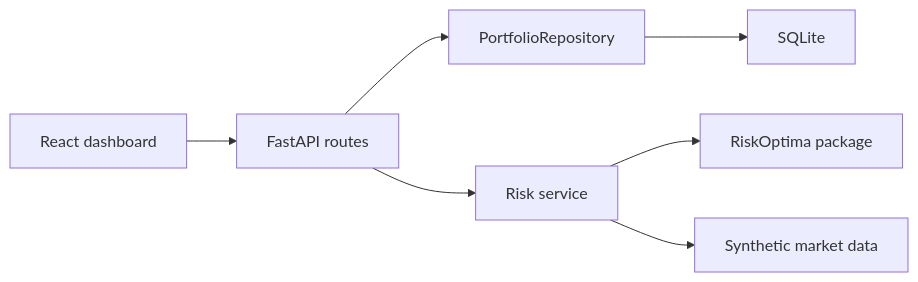
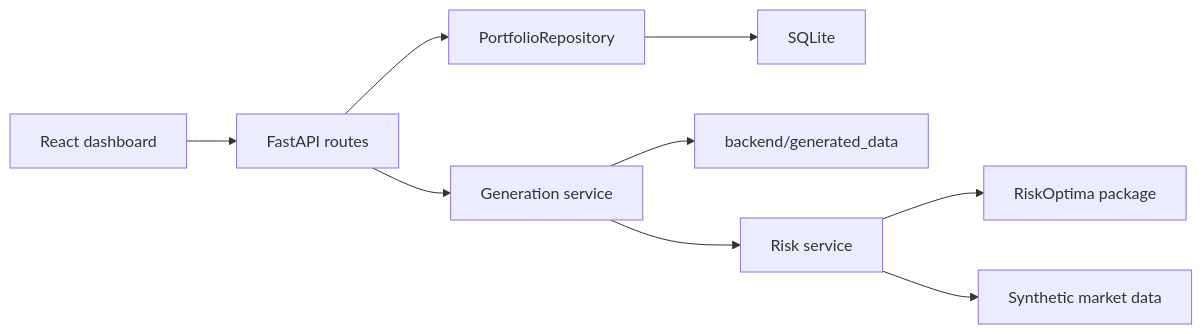
Before and after one commit to JordiCorbilla/RiskOptima-Platform: the diagram in docs/architecture.md, drawn with Mermaid. The commit also changed other lines of this file and 19 other files, not shown here.

````diff
--- a/docs/architecture.md
+++ b/docs/architecture.md
@@ -10,9 +11,11 @@
 ```mermaid
 flowchart LR
   UI["React dashboard"] --> API["FastAPI routes"]
   API --> Repo["PortfolioRepository"]
   Repo --> SQLite["SQLite"]
-  API --> Analytics["Risk service"]
+  API --> Runs["Generation service"]
+  Runs --> Cache["backend/generated_data"]
+  Runs --> Analytics["Risk service"]
   Analytics --> RiskOptima["RiskOptima package"]
   Analytics --> Synthetic["Synthetic market data"]
 ```
````
